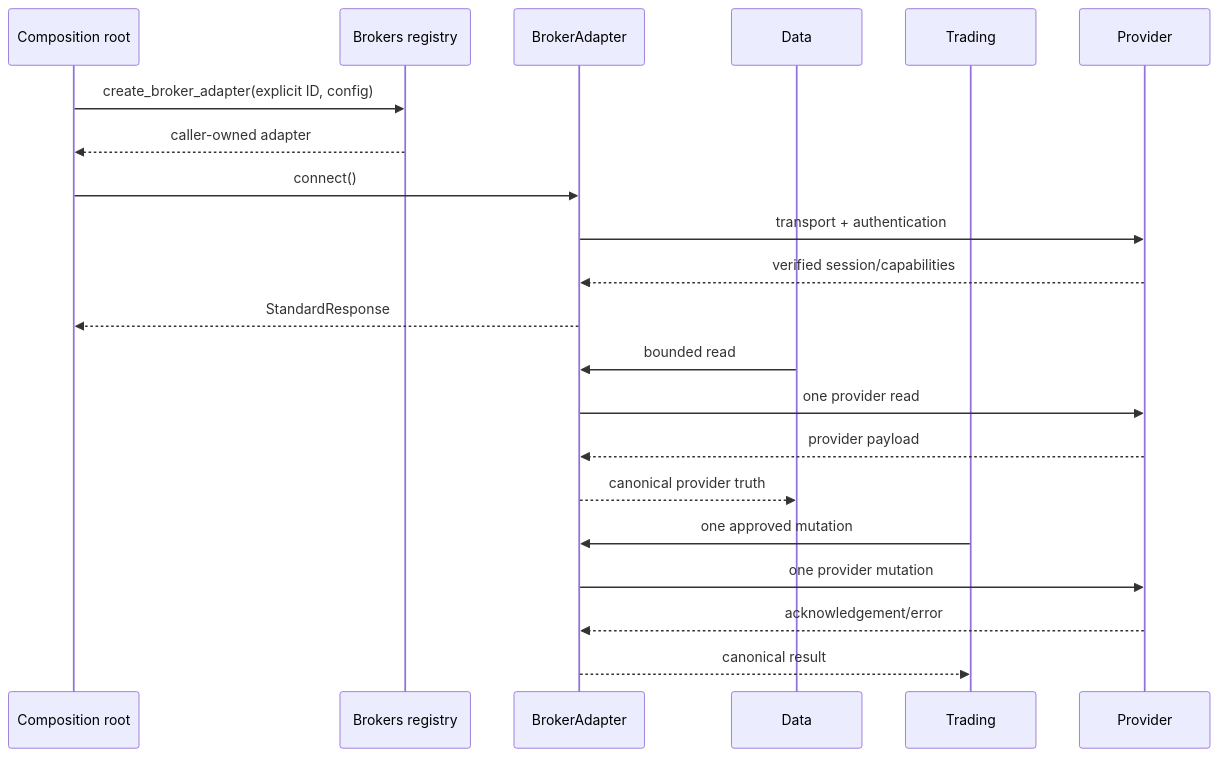
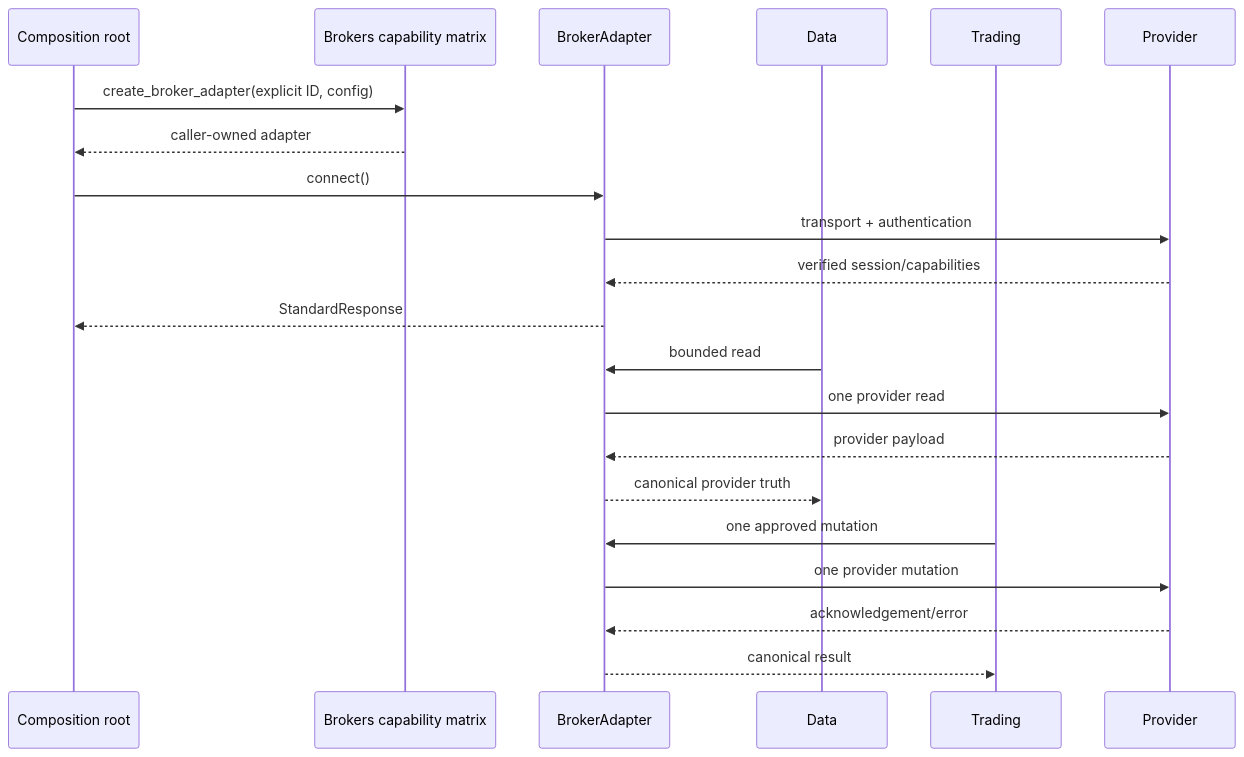
One commit to haruperi/HaruQuantAI changed the third of 3 diagrams in app/services/brokers/README.md. Above: the diagram before and after it, drawn with Mermaid. The commit also changed other lines of this file and 291 other files, not shown here.

````diff
--- a/app/services/brokers/README.md
+++ b/app/services/brokers/README.md
@@ -863,24 +846,24 @@
 ```mermaid
 sequenceDiagram
     participant C as Composition root
-    participant R as Brokers registry
+    participant R as Brokers capability matrix
     participant A as BrokerAdapter
     participant D as Data
     participant T as Trading
     participant P as Provider
 
     C->>R: create_broker_adapter(explicit ID, config)
     R-->>C: caller-owned adapter
     C->>A: connect()
     A->>P: transport + authentication
     P-->>A: verified session/capabilities
     A-->>C: StandardResponse
     D->>A: bounded read
     A->>P: one provider read
     P-->>A: provider payload
     A-->>D: canonical provider truth
     T->>A: one approved mutation
     A->>P: one provider mutation
     P-->>A: acknowledgement/error
     A-->>T: canonical result
 ```
````
